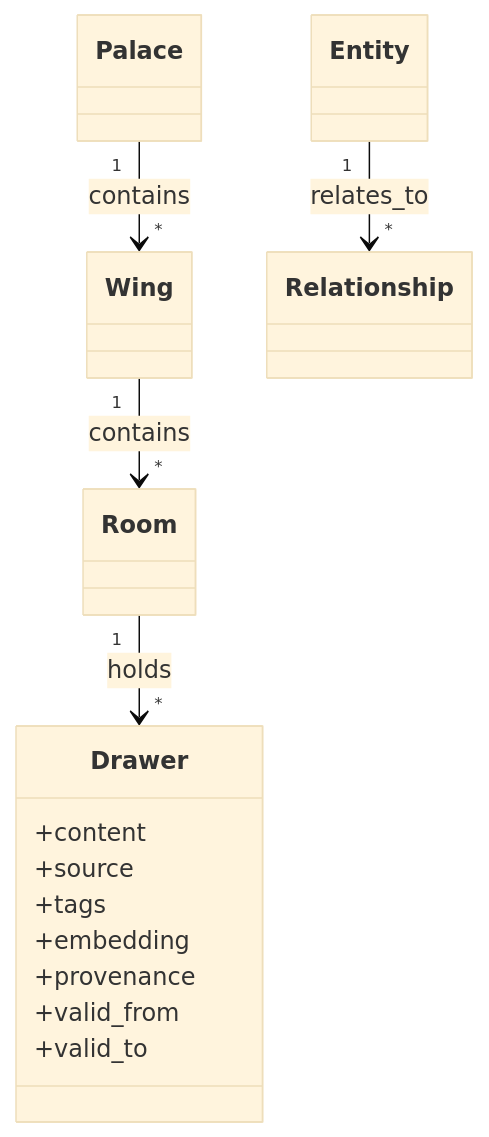
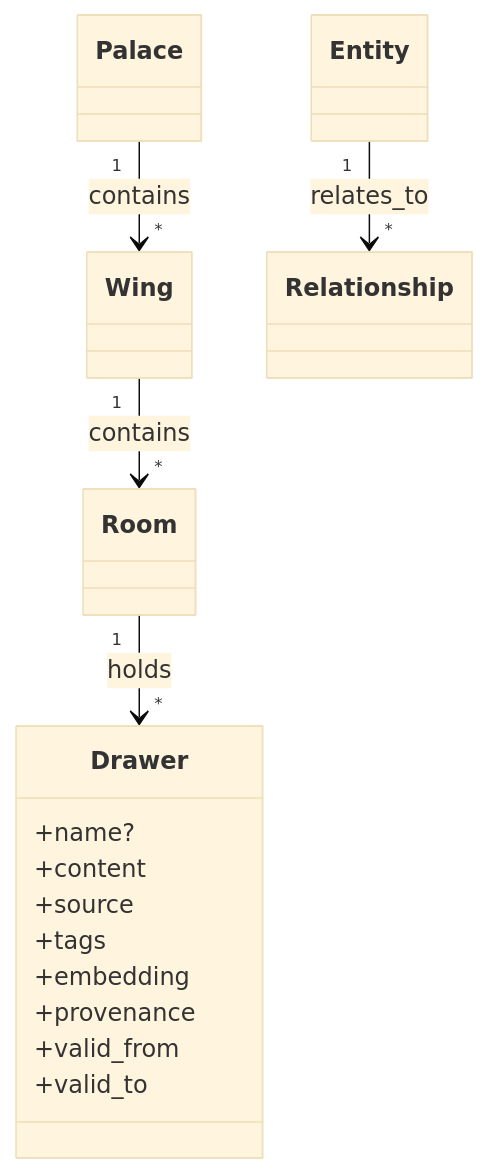
The fifth of 8 diagrams in docs/architecture.md (noirbizarre/memcastle), drawn with Mermaid (base theme) before and after one commit. The commit also changed other lines of this file and 14 other files, not shown here.

````diff
--- a/docs/architecture.md
+++ b/docs/architecture.md
@@ -172,21 +172,22 @@
 ```mermaid
 classDiagram
     class Palace
     class Wing
     class Room
     class Drawer {
+        +name?
         +content
         +source
         +tags
         +embedding
         +provenance
         +valid_from
         +valid_to
     }
     class Entity
     class Relationship
     Palace "1" --> "*" Wing : contains
     Wing "1" --> "*" Room : contains
     Room "1" --> "*" Drawer : holds
     Entity "1" --> "*" Relationship : relates_to
 ```
````
